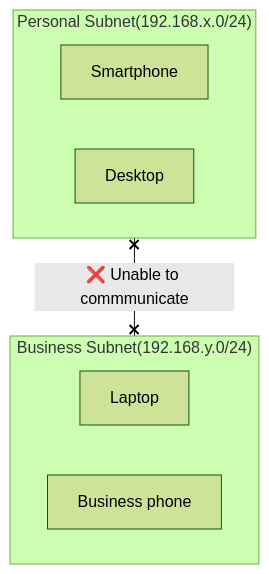
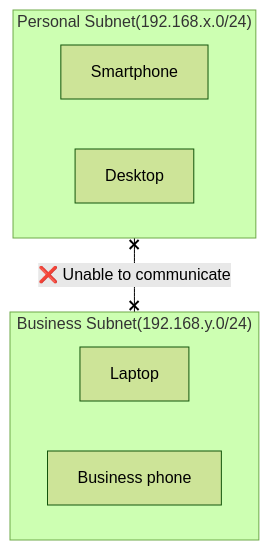
Before and after one commit to corrupt952/home: the second of 3 diagrams in docs/networks/index.md, drawn with Mermaid (forest theme). The commit also changed other lines of this file and 3 other files, not shown here.

````diff
--- a/docs/networks/index.md
+++ b/docs/networks/index.md
@@ -38,16 +38,16 @@
 ```mermaid
 graph TB
 
 %% Definitions
 subgraph Personal["Personal Subnet(192.168.x.0/24)"]
     Smartphone
     Desktop
 end
 subgraph Business["Business Subnet(192.168.y.0/24)"]
     Laptop
     BSmartphone["Business phone"]
 end
 
 %% Relations
-Personal x--x|"❌ Unable to commmunicate"| Business
+Personal x--x|"❌ Unable to communicate"| Business
 ```
````
